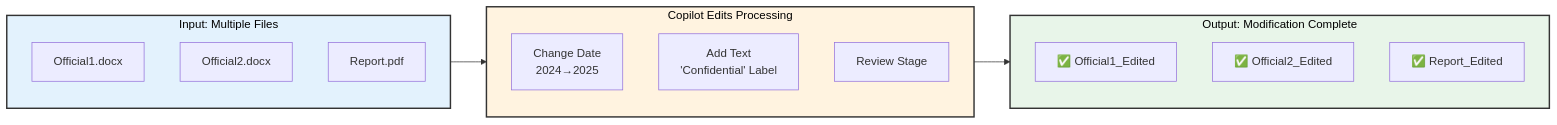
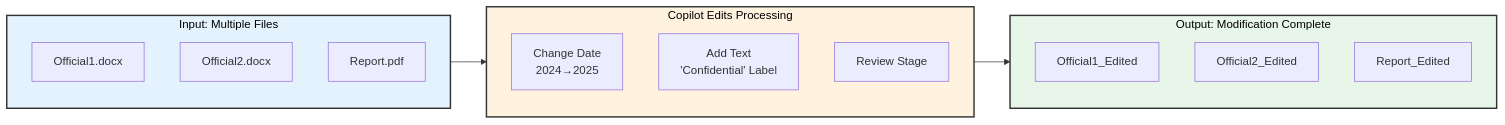
Diagram 11 of 18 in docs/admin/en/index.md (seo-jinseok/GitHub-Copilot-Guide), drawn with Mermaid before and after one commit. The commit also changed other lines of this file and 7 other files, not shown here.

````diff
--- a/docs/admin/en/index.md
+++ b/docs/admin/en/index.md
@@ -705,27 +705,27 @@
 ```mermaid
 flowchart LR
     subgraph Input["Input: Multiple Files"]
         F1[Official1.docx]
         F2[Official2.docx]
         F3[Report.pdf]
     end
     
     subgraph Process["Copilot Edits Processing"]
         P1[Change Date<br/>2024→2025]
         P2[Add Text<br/>'Confidential' Label]
         P3[Review Stage]
     end
     
     subgraph Output["Output: Modification Complete"]
-        O1[✅ Official1_Edited]
-        O2[✅ Official2_Edited]
-        O3[✅ Report_Edited]
+        O1[Official1_Edited]
+        O2[Official2_Edited]
+        O3[Report_Edited]
     end
     
     Input --> Process
     Process --> Output
     
     style Input fill:#e3f2fd,stroke:#333,stroke-width:2px,color:#000
     style Process fill:#fff3e0,stroke:#333,stroke-width:2px,color:#000
     style Output fill:#e8f5e9,stroke:#333,stroke-width:2px,color:#000
 ```
````
